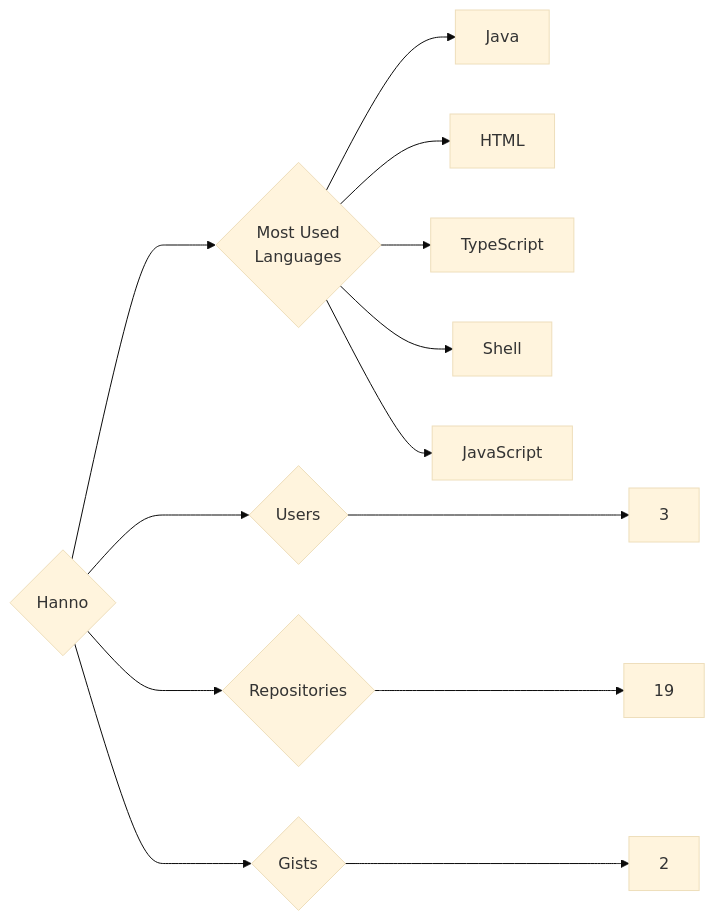
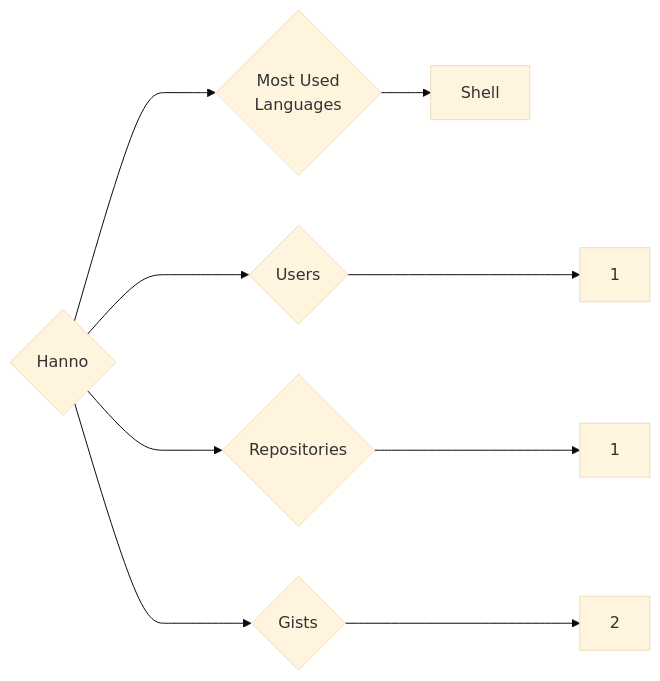
Before and after one commit to trickest/insiders: the diagram in targets/Hanno/README.md, drawn with Mermaid (base theme). The commit also changed 1314 other files, not shown here.

````diff
--- a/targets/Hanno/README.md
+++ b/targets/Hanno/README.md
@@ -3,13 +3,9 @@
 ```mermaid
 graph LR
 COMPANY_NAME{Hanno}
-COMPANY_NAME ---> U{Users} ---> UN[3]
-COMPANY_NAME ---> R{Repositories} ---> RN[19]
+COMPANY_NAME ---> U{Users} ---> UN[1]
+COMPANY_NAME ---> R{Repositories} ---> RN[1]
 COMPANY_NAME ---> G{Gists} ---> GN[2]
 COMPANY_NAME ---> ML{Most Used<br>Languages}
-ML --> Java[Java]
-ML --> HTML[HTML]
-ML --> TypeScript[TypeScript]
 ML --> Shell[Shell]
-ML --> JavaScript[JavaScript]
 ```
````
